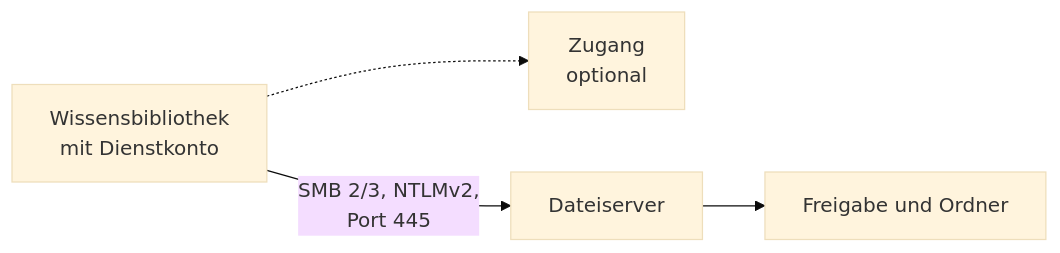
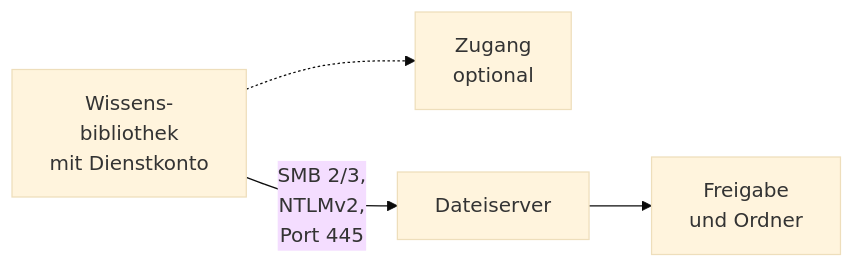
One commit to criew/opaa changed the first of 2 diagrams in docs/handbuch/konnektoren/smb.md. Above: the diagram before and after it, drawn with Mermaid (base theme). The commit also changed other lines of this file and 13 other files, not shown here.

First line of the commit message:
docs(handbuch): Mermaid-Beschriftungen umbrechen und Verweise auf Konnektor-Abschnitte nachziehen

````diff
--- a/docs/handbuch/konnektoren/smb.md
+++ b/docs/handbuch/konnektoren/smb.md
@@ -11,6 +11,6 @@
 ```mermaid
 flowchart LR
-    B[Wissensbibliothek<br/>mit Dienstkonto] -.-> Z[Zugang<br/>optional]
-    B -->|SMB 2/3, NTLMv2,<br/>Port 445| S[Dateiserver]
-    S --> F[Freigabe und Ordner]
+    B[Wissens-<br/>bibliothek<br/>mit Dienstkonto] -.-> Z[Zugang<br/>optional]
+    B -->|SMB 2/3,<br/>NTLMv2,<br/>Port 445| S[Dateiserver]
+    S --> F[Freigabe<br/>und Ordner]
 ```
````
